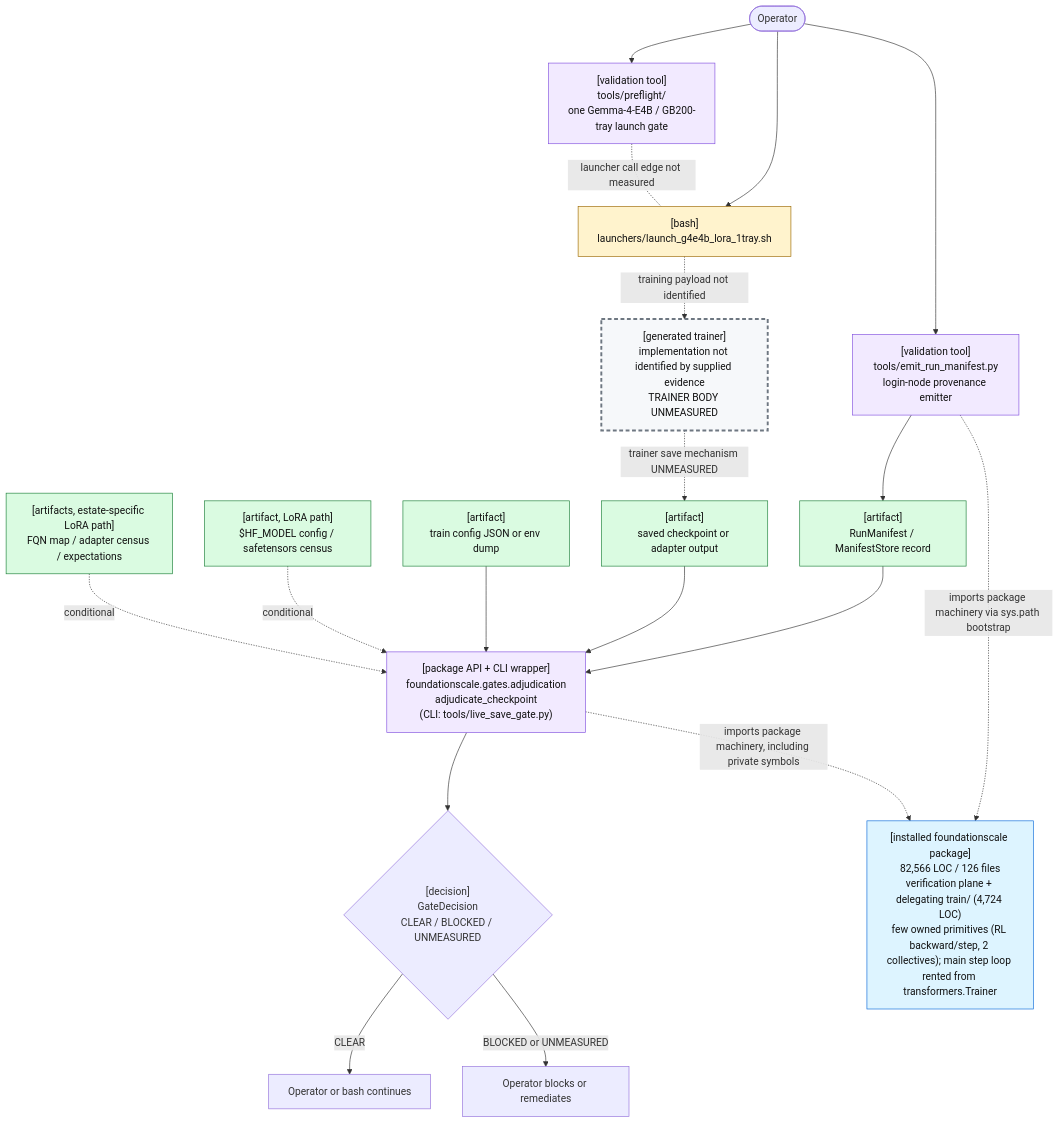
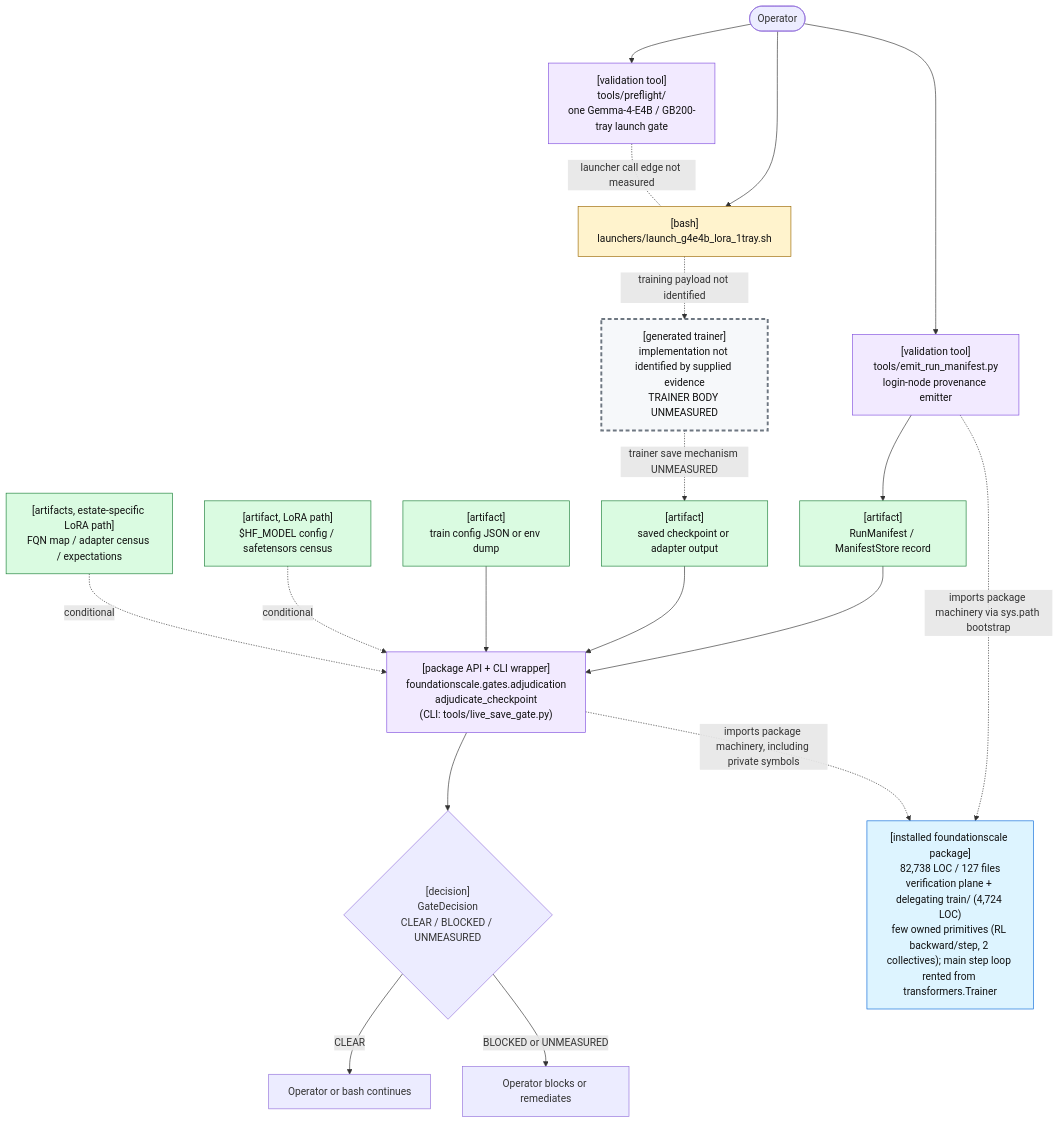
The first of 2 diagrams in docs/review/D2_current_architecture.md (TranNhiem/FoundationScale), drawn with Mermaid before and after one commit. The commit also changed other lines of this file and 22 other files, not shown here.

````diff
--- a/docs/review/D2_current_architecture.md
+++ b/docs/review/D2_current_architecture.md
@@ -25,59 +25,59 @@
 ```mermaid
 flowchart TB
   O(["Operator"])
 
   PF["[validation tool]<br/>tools/preflight/<br/>one Gemma-4-E4B / GB200-tray launch gate"]
   L["[bash]<br/>launchers/launch_g4e4b_lora_1tray.sh"]
 
   E["[validation tool]<br/>tools/emit_run_manifest.py<br/>login-node provenance emitter"]
   M["[artifact]<br/>RunManifest / ManifestStore record"]
 
   T["[generated trainer]<br/>implementation not identified by supplied evidence<br/>TRAINER BODY UNMEASURED"]
   C["[artifact]<br/>saved checkpoint or adapter output"]
 
   G["[package API + CLI wrapper]<br/>foundationscale.gates.adjudication<br/>adjudicate_checkpoint<br/>(CLI: tools/live_save_gate.py)"]
   CFG["[artifact]<br/>train config JSON or env dump"]
   BASE["[artifact, LoRA path]<br/>$HF_MODEL config / safetensors census"]
   CEN["[artifacts, estate-specific LoRA path]<br/>FQN map / adapter census / expectations"]
 
   D{"[decision]<br/>GateDecision<br/>CLEAR / BLOCKED / UNMEASURED"}
   OK["Operator or bash continues"]
   NO["Operator blocks or remediates"]
 
-  PKG["[installed foundationscale package]<br/>82,566 LOC / 126 files<br/>verification plane + delegating train/ (4,724 LOC)<br/>few owned primitives (RL backward/step, 2 collectives); main step loop rented from transformers.Trainer"]
+  PKG["[installed foundationscale package]<br/>82,738 LOC / 127 files<br/>verification plane + delegating train/ (4,724 LOC)<br/>few owned primitives (RL backward/step, 2 collectives); main step loop rented from transformers.Trainer"]
 
   O --> PF
   O --> L
   PF -. "launcher call edge not measured" .- L
 
   O --> E
   E --> M
 
   L -. "training payload not identified" .-> T
   T -. "trainer save mechanism UNMEASURED" .-> C
 
   M --> G
   C --> G
   CFG --> G
   BASE -. "conditional" .-> G
   CEN -. "conditional" .-> G
 
   E -. "imports package machinery via sys.path bootstrap" .-> PKG
   G -. "imports package machinery, including private symbols" .-> PKG
 
   G --> D
   D -->|"CLEAR"| OK
   D -->|"BLOCKED or UNMEASURED"| NO
 
   classDef bash fill:#fff3cd,stroke:#9a6700,color:#111;
   classDef tool fill:#f2eaff,stroke:#8250df,color:#111;
   classDef artifact fill:#dafbe1,stroke:#1a7f37,color:#111;
   classDef gap fill:#f6f8fa,stroke:#6e7781,stroke-width:3px,stroke-dasharray: 6 4,color:#111;
   classDef pkg fill:#ddf4ff,stroke:#0969da,color:#111;
 
   class L bash;
   class PF,E,G tool;
   class M,C,CFG,BASE,CEN artifact;
   class T gap;
   class PKG pkg;
 ```
````
